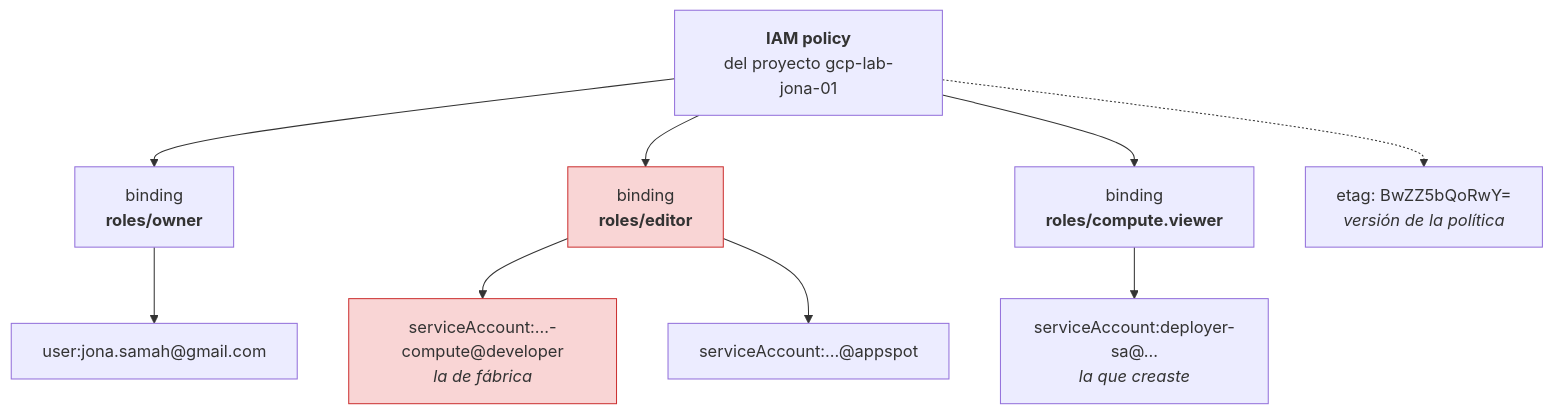
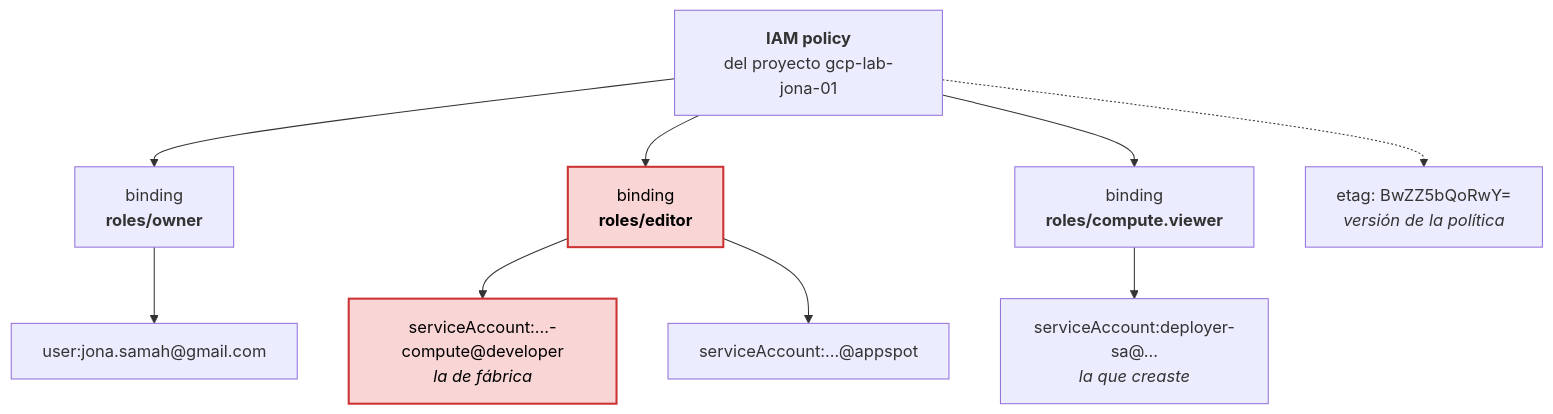
One commit to SamahJonathan/gcp-lab-jona-01 changed the first of 2 diagrams in docs/apuntes-etapa-02-service-accounts-iam.md. Above: the diagram before and after it, drawn with Mermaid. The commit also changed other lines of this file and 6 other files, not shown here.

````diff
--- a/docs/apuntes-etapa-02-service-accounts-iam.md
+++ b/docs/apuntes-etapa-02-service-accounts-iam.md
@@ -31,21 +31,21 @@
 ```mermaid
 flowchart TD
     policy["<b>IAM policy</b><br/>del proyecto gcp-lab-jona-01"]
     b1["binding<br/><b>roles/owner</b>"]
     b2["binding<br/><b>roles/editor</b>"]
     b3["binding<br/><b>roles/compute.viewer</b>"]
     m1["user:jona.samah@gmail.com"]
     m2["serviceAccount:...-compute@developer<br/><i>la de fábrica</i>"]
     m3["serviceAccount:...@appspot"]
     m4["serviceAccount:deployer-sa@...<br/><i>la que creaste</i>"]
     etag["etag: BwZZ5bQoRwY=<br/><i>versión de la política</i>"]
 
     policy --> b1 --> m1
     policy --> b2 --> m2
     b2 --> m3
     policy --> b3 --> m4
     policy -.-> etag
 
-    classDef malo fill:#f9d5d5,stroke:#c33
+    classDef malo fill:#f9d5d5,stroke:#c33,stroke-width:2px,color:#000
     class b2,m2 malo
 ```
````
